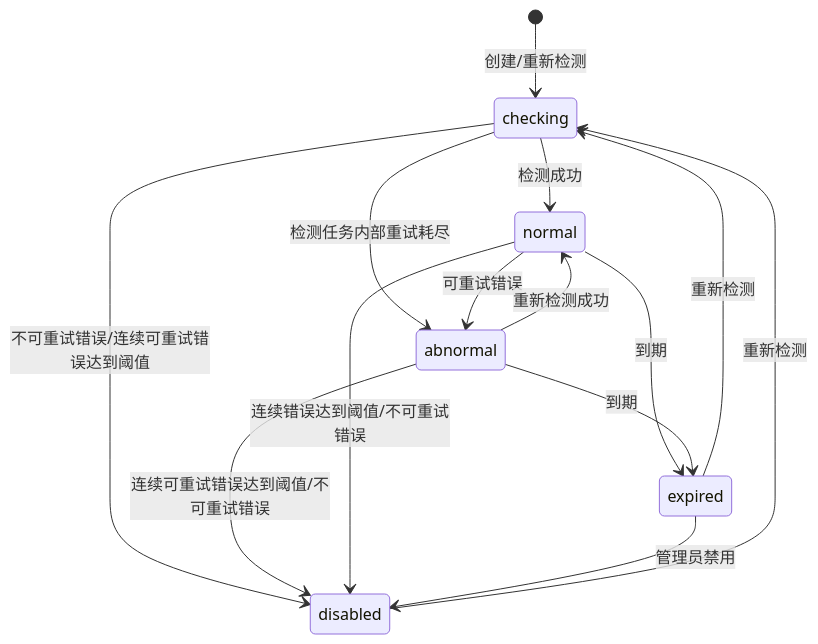
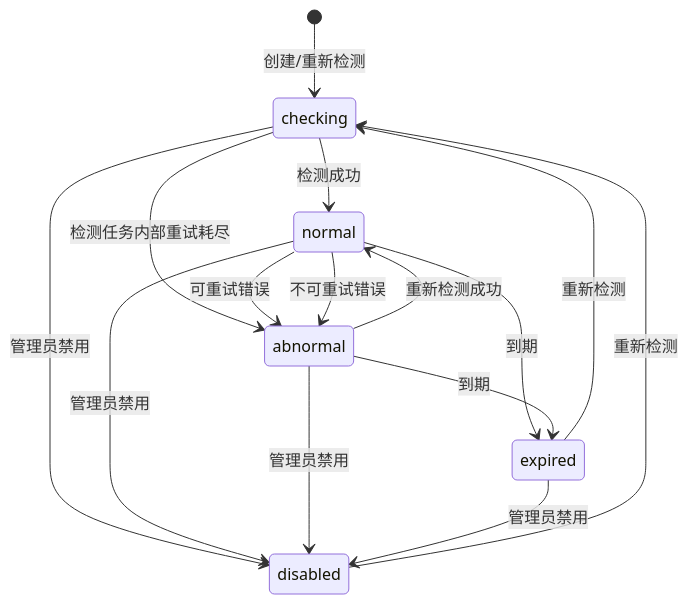
One commit to donnel666/remail changed the diagram in docs/15-proxy-pool.md. Above: the diagram before and after it, drawn with Mermaid. The commit also changed other lines of this file and 27 other files, not shown here.

````diff
--- a/docs/15-proxy-pool.md
+++ b/docs/15-proxy-pool.md
@@ -97,16 +101,17 @@
 ```mermaid
 stateDiagram-v2
     [*] --> checking: 创建/重新检测
     checking --> normal: 检测成功
     checking --> abnormal: 检测任务内部重试耗尽
-    checking --> disabled: 不可重试错误/连续可重试错误达到阈值
     normal --> abnormal: 可重试错误
+    normal --> abnormal: 不可重试错误
     abnormal --> normal: 重新检测成功
-    abnormal --> disabled: 连续可重试错误达到阈值/不可重试错误
-    normal --> disabled: 连续错误达到阈值/不可重试错误
     normal --> expired: 到期
     abnormal --> expired: 到期
+    checking --> disabled: 管理员禁用
+    normal --> disabled: 管理员禁用
+    abnormal --> disabled: 管理员禁用
     disabled --> checking: 重新检测
     expired --> checking: 重新检测
     expired --> disabled: 管理员禁用
 ```
````
